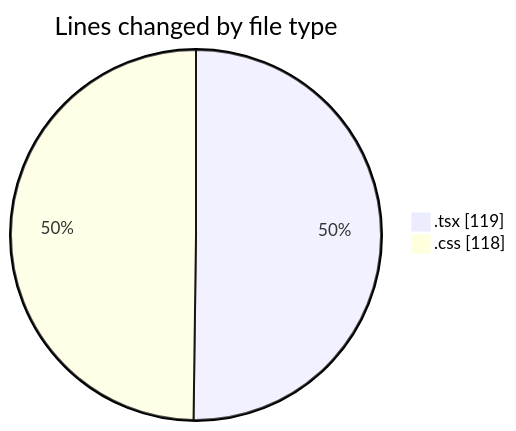
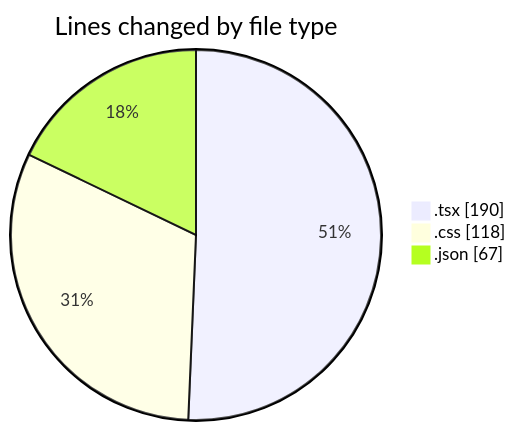
Before and after one commit to robertbonfada/code-tracking: the first of 2 diagrams in 2025-01-08/mbc-web/README.md, drawn with Mermaid. The commit also changed other lines of this file and 1 other file, not shown here.

````diff
--- a/2025-01-08/mbc-web/README.md
+++ b/2025-01-08/mbc-web/README.md
@@ -24,6 +26,7 @@
 ```mermaid
 pie showData
 title Lines changed by file type
-".tsx" : 119
+".tsx" : 190
 ".css" : 118
+".json" : 67
 ```
````
